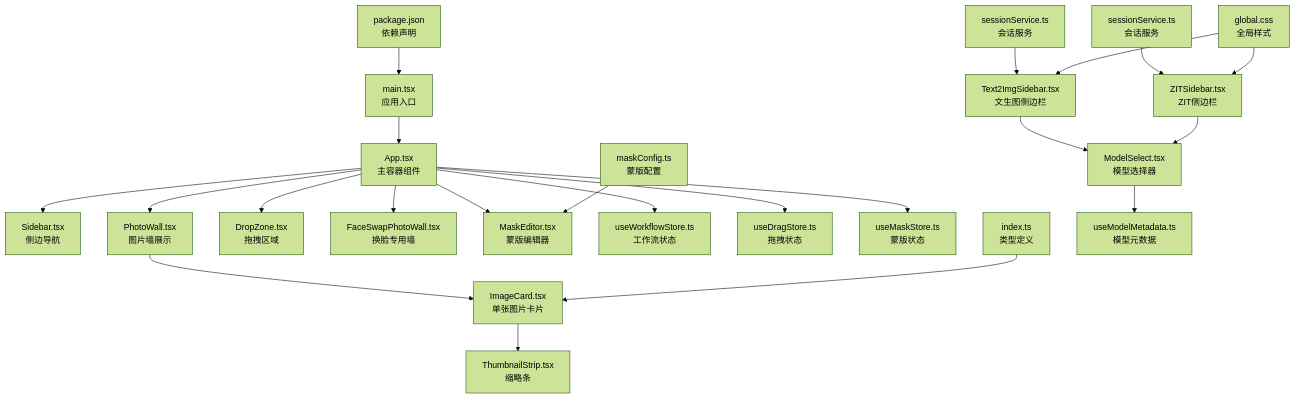
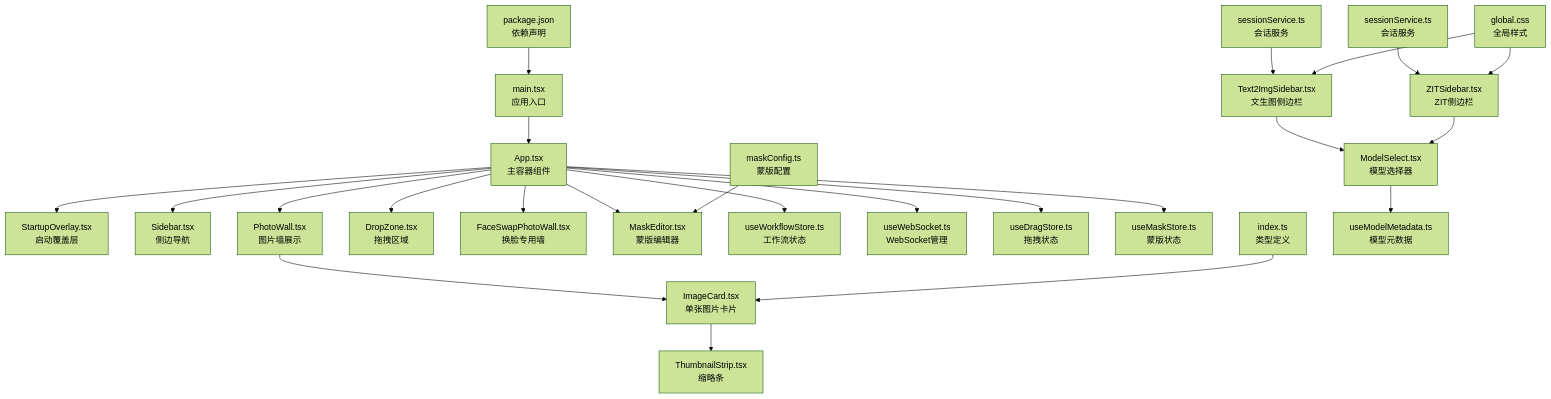
One commit to billye220670/CorineKit_Pix2Real changed the first of 11 diagrams in .qoder/repowiki/zh/content/前端应用/React 组件体系.md. Above: the diagram before and after it, drawn with Mermaid (forest theme). The commit also changed other lines of this file and 13 other files, not shown here.

````diff
--- a/.qoder/repowiki/zh/content/前端应用/React 组件体系.md
+++ b/.qoder/repowiki/zh/content/前端应用/React 组件体系.md
@@ -48,24 +50,26 @@
 ```mermaid
 graph TB
 A["main.tsx<br/>应用入口"] --> B["App.tsx<br/>主容器组件"]
-B --> C["Sidebar.tsx<br/>侧边导航"]
-B --> D["PhotoWall.tsx<br/>图片墙展示"]
-B --> E["DropZone.tsx<br/>拖拽区域"]
-B --> F["FaceSwapPhotoWall.tsx<br/>换脸专用墙"]
-D --> G["ImageCard.tsx<br/>单张图片卡片"]
-G --> H["ThumbnailStrip.tsx<br/>缩略条"]
-B --> I["MaskEditor.tsx<br/>蒙版编辑器"]
-B --> J["useWorkflowStore.ts<br/>工作流状态"]
-B --> K["useDragStore.ts<br/>拖拽状态"]
-B --> L["useMaskStore.ts<br/>蒙版状态"]
-M["maskConfig.ts<br/>蒙版配置"] --> I
-N["index.ts<br/>类型定义"] --> G
-O["package.json<br/>依赖声明"] --> A
-P["ModelSelect.tsx<br/>模型选择器"] --> Q["useModelMetadata.ts<br/>模型元数据"]
-R["Text2ImgSidebar.tsx<br/>文生图侧边栏"] --> P
-S["ZITSidebar.tsx<br/>ZIT侧边栏"] --> P
-T["sessionService.ts<br/>会话服务"] --> R
-U["sessionService.ts<br/>会话服务"] --> S
-V["global.css<br/>全局样式"] --> R
-V --> S
+B --> C["StartupOverlay.tsx<br/>启动覆盖层"]
+B --> D["Sidebar.tsx<br/>侧边导航"]
+B --> E["PhotoWall.tsx<br/>图片墙展示"]
+B --> F["DropZone.tsx<br/>拖拽区域"]
+B --> G["FaceSwapPhotoWall.tsx<br/>换脸专用墙"]
+E --> H["ImageCard.tsx<br/>单张图片卡片"]
+H --> I["ThumbnailStrip.tsx<br/>缩略条"]
+B --> J["MaskEditor.tsx<br/>蒙版编辑器"]
+B --> K["useWorkflowStore.ts<br/>工作流状态"]
+B --> L["useWebSocket.ts<br/>WebSocket管理"]
+B --> M["useDragStore.ts<br/>拖拽状态"]
+B --> N["useMaskStore.ts<br/>蒙版状态"]
+O["maskConfig.ts<br/>蒙版配置"] --> J
+P["index.ts<br/>类型定义"] --> H
+Q["package.json<br/>依赖声明"] --> A
+R["ModelSelect.tsx<br/>模型选择器"] --> S["useModelMetadata.ts<br/>模型元数据"]
+T["Text2ImgSidebar.tsx<br/>文生图侧边栏"] --> R
+U["ZITSidebar.tsx<br/>ZIT侧边栏"] --> R
+V["sessionService.ts<br/>会话服务"] --> T
+W["sessionService.ts<br/>会话服务"] --> U
+X["global.css<br/>全局样式"] --> T
+X --> U
 ```
````
